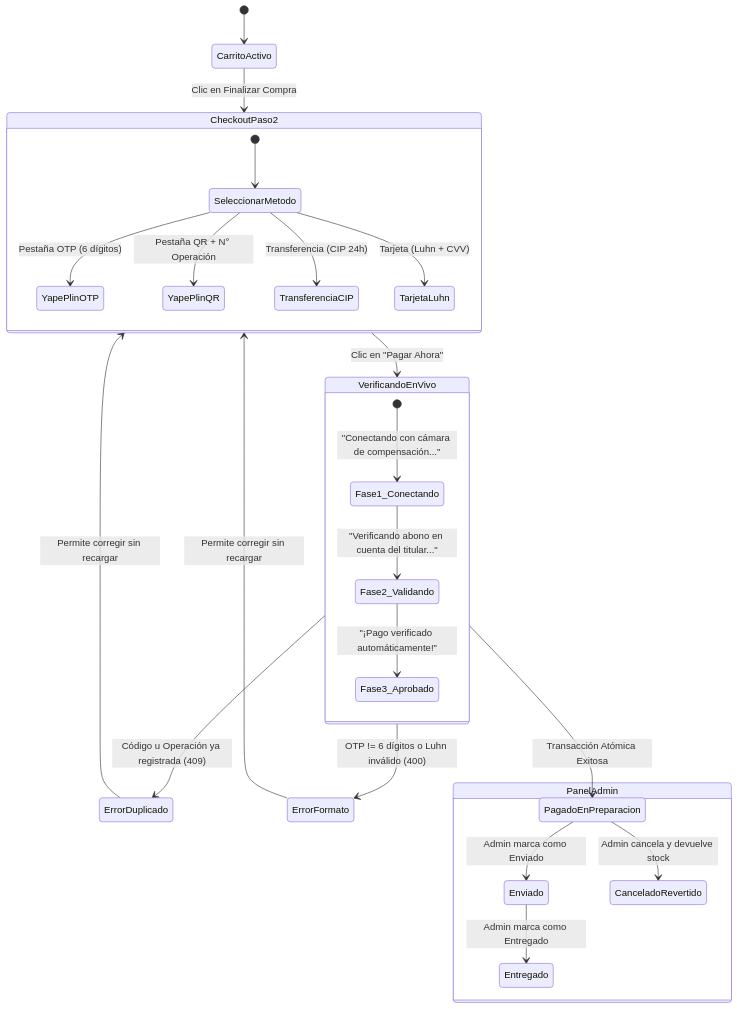
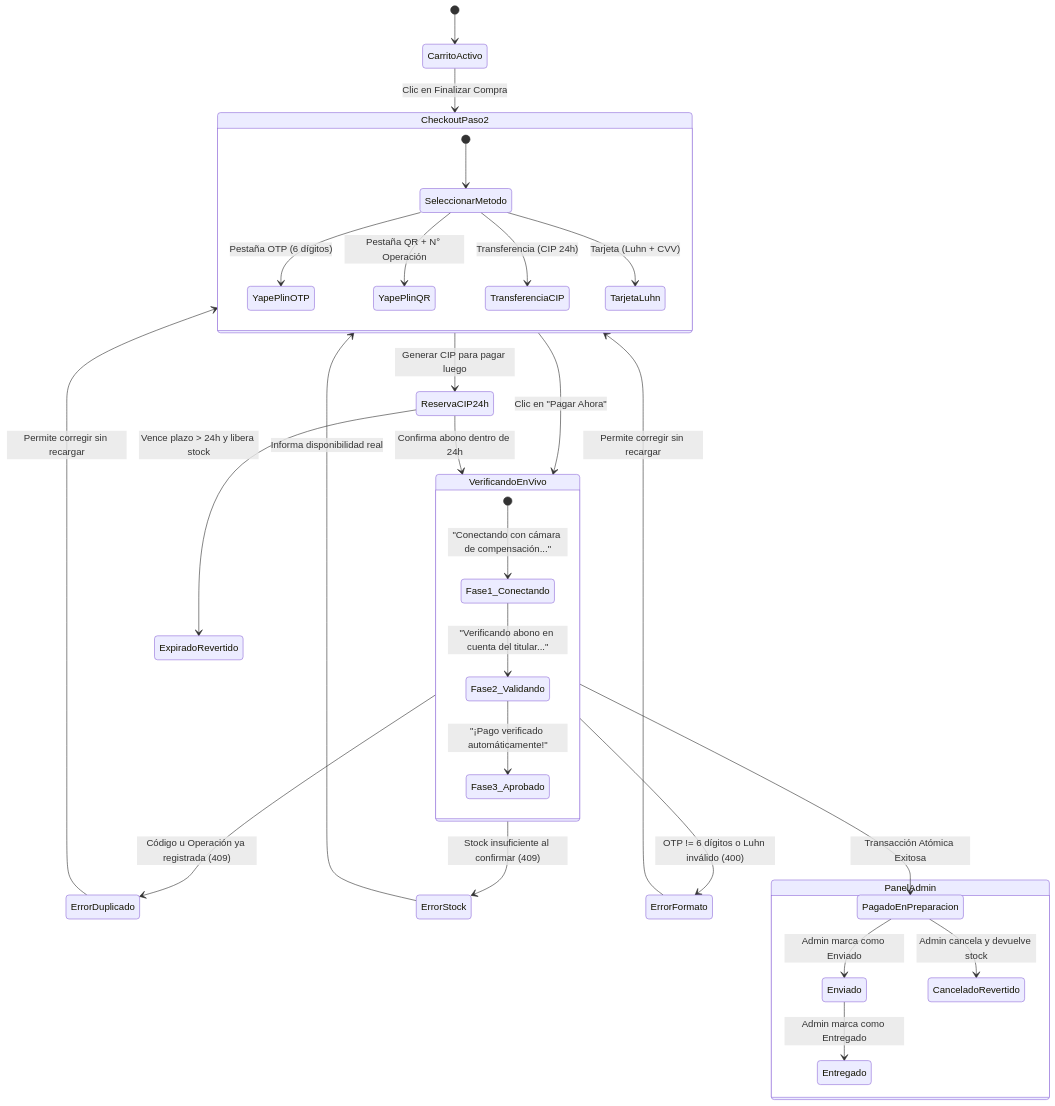
One commit to jeancarloshuertas27-ai/FitStoreEcommerceSDD-v2 changed the second of 2 diagrams in specs/004-verificacion-automatica-pagos/data-model.md. Above: the diagram before and after it, drawn with Mermaid. The commit also changed other lines of this file and 4 other files, not shown here.

````diff
--- a/specs/004-verificacion-automatica-pagos/data-model.md
+++ b/specs/004-verificacion-automatica-pagos/data-model.md
@@ -119,34 +122,40 @@
 ```mermaid
 stateDiagram-v2
     [*] --> CarritoActivo
     CarritoActivo --> CheckoutPaso2 : Clic en Finalizar Compra
     
     state CheckoutPaso2 {
         [*] --> SeleccionarMetodo
         SeleccionarMetodo --> YapePlinOTP : Pestaña OTP (6 dígitos)
         SeleccionarMetodo --> YapePlinQR : Pestaña QR + N° Operación
         SeleccionarMetodo --> TransferenciaCIP : Transferencia (CIP 24h)
         SeleccionarMetodo --> TarjetaLuhn : Tarjeta (Luhn + CVV)
     }
 
     CheckoutPaso2 --> VerificandoEnVivo : Clic en "Pagar Ahora"
     
     state VerificandoEnVivo {
         [*] --> Fase1_Conectando : "Conectando con cámara de compensación..."
         Fase1_Conectando --> Fase2_Validando : "Verificando abono en cuenta del titular..."
         Fase2_Validando --> Fase3_Aprobado : "¡Pago verificado automáticamente!"
     }
 
     VerificandoEnVivo --> ErrorDuplicado : Código u Operación ya registrada (409)
+    VerificandoEnVivo --> ErrorStock : Stock insuficiente al confirmar (409)
     VerificandoEnVivo --> ErrorFormato : OTP != 6 dígitos o Luhn inválido (400)
     ErrorDuplicado --> CheckoutPaso2 : Permite corregir sin recargar
+    ErrorStock --> CheckoutPaso2 : Informa disponibilidad real
     ErrorFormato --> CheckoutPaso2 : Permite corregir sin recargar
+
+    CheckoutPaso2 --> ReservaCIP24h : Generar CIP para pagar luego
+    ReservaCIP24h --> VerificandoEnVivo : Confirma abono dentro de 24h
+    ReservaCIP24h --> ExpiradoRevertido : Vence plazo > 24h y libera stock
 
     VerificandoEnVivo --> PagadoEnPreparacion : Transacción Atómica Exitosa
     
     state PanelAdmin {
         PagadoEnPreparacion --> Enviado : Admin marca como Enviado
         Enviado --> Entregado : Admin marca como Entregado
         PagadoEnPreparacion --> CanceladoRevertido : Admin cancela y devuelve stock
     }
 ```
````
